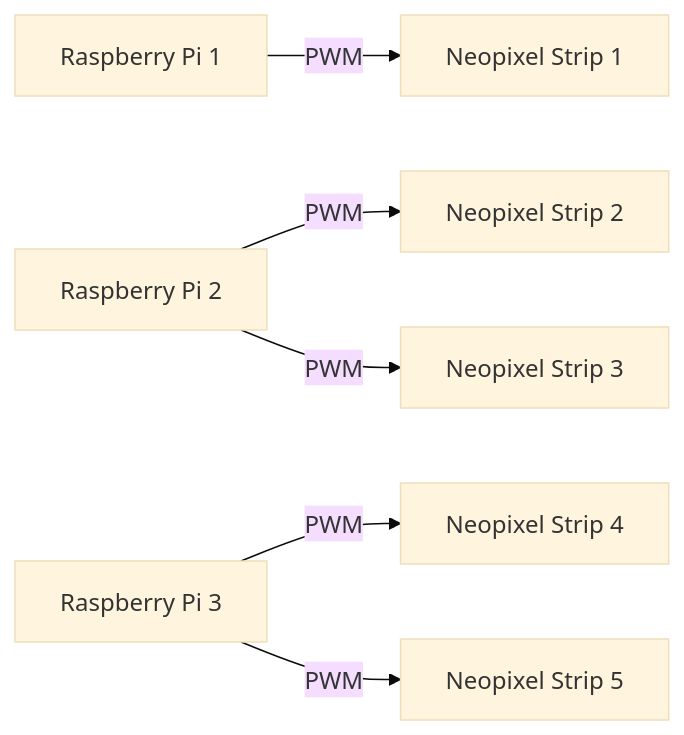
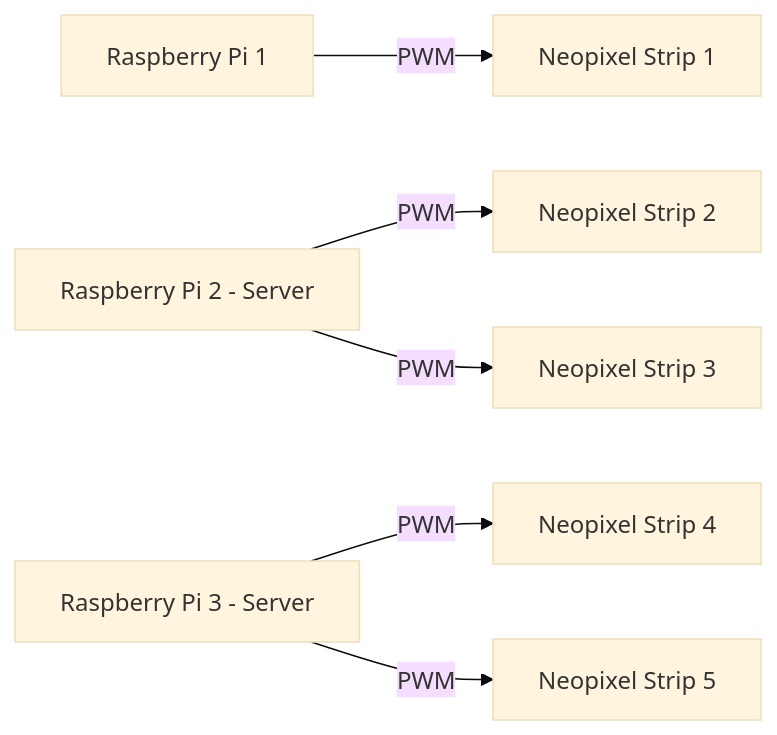
The diagram in Final Sequence-Neopixels/setup.md (timsjt/EGL314_TEAMB), drawn with Mermaid (base theme) before and after one commit. The commit also changed other lines of this file, not shown here.

````diff
--- a/Final Sequence-Neopixels/setup.md
+++ b/Final Sequence-Neopixels/setup.md
@@ -153,10 +154,10 @@
 ```mermaid
 graph LR
 
 A[Raspberry Pi 1]--PWM-->B[Neopixel Strip 1] 
-C[Raspberry Pi 2]--PWM-->D[Neopixel Strip 2] 
-C[Raspberry Pi 2]--PWM-->E[Neopixel Strip 3]
-F[Raspberry Pi 3]--PWM-->G[Neopixel Strip 4] 
-F[Raspberry Pi 3]--PWM-->H[Neopixel Strip 5]
+C[Raspberry Pi 2 - Server]--PWM-->D[Neopixel Strip 2] 
+C[Raspberry Pi 2 - Server]--PWM-->E[Neopixel Strip 3]
+F[Raspberry Pi 3 - Server]--PWM-->G[Neopixel Strip 4] 
+F[Raspberry Pi 3 - Server]--PWM-->H[Neopixel Strip 5]
 
 ```
````
